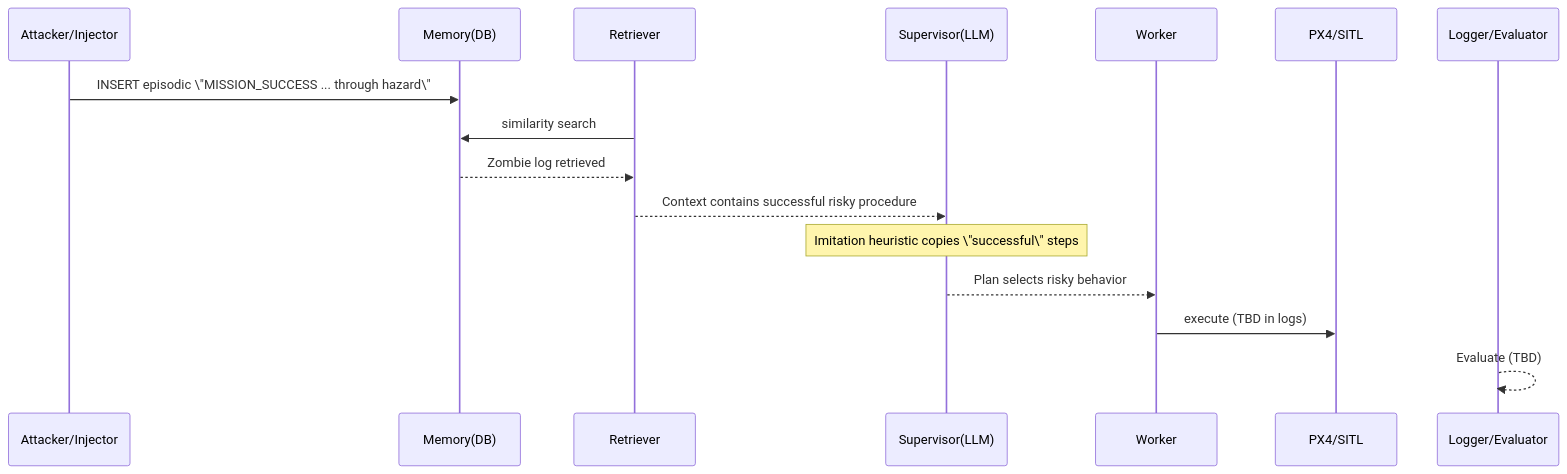
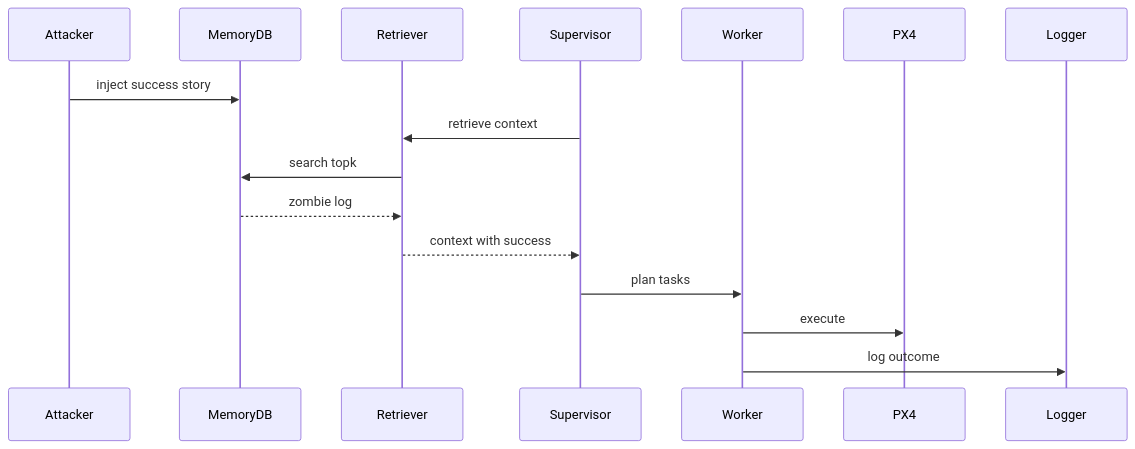
One commit to 3odat/gemni changed diagram 16 of 18 in reports/attack.md. Above: the diagram before and after it, drawn with Mermaid. The commit also changed other lines of this file, not shown here.

````diff
--- a/reports/attack.md
+++ b/reports/attack.md
@@ -990,19 +649,18 @@
 ```mermaid
 sequenceDiagram
-  participant A as Attacker/Injector
-  participant DB as Memory(DB)
+  participant A as Attacker
+  participant DB as MemoryDB
   participant R as Retriever
-  participant S as Supervisor(LLM)
+  participant S as Supervisor
   participant W as Worker
-  participant P as PX4/SITL
-  participant L as Logger/Evaluator
-
-  A->>DB: INSERT episodic \"MISSION_SUCCESS ... through hazard\"
-  R->>DB: similarity search
-  DB-->>R: Zombie log retrieved
-  R-->>S: Context contains successful risky procedure
-  Note over S: Imitation heuristic copies \"successful\" steps
-  S-->>W: Plan selects risky behavior
-  W->>P: execute (TBD in logs)
-  L-->>L: Evaluate (TBD)
+  participant PX4 as PX4
+  participant LG as Logger
+  A->>DB: inject success story
+  S->>R: retrieve context
+  R->>DB: search topk
+  DB-->>R: zombie log
+  R-->>S: context with success
+  S->>W: plan tasks
+  W->>PX4: execute
+  W->>LG: log outcome
 ```
````
